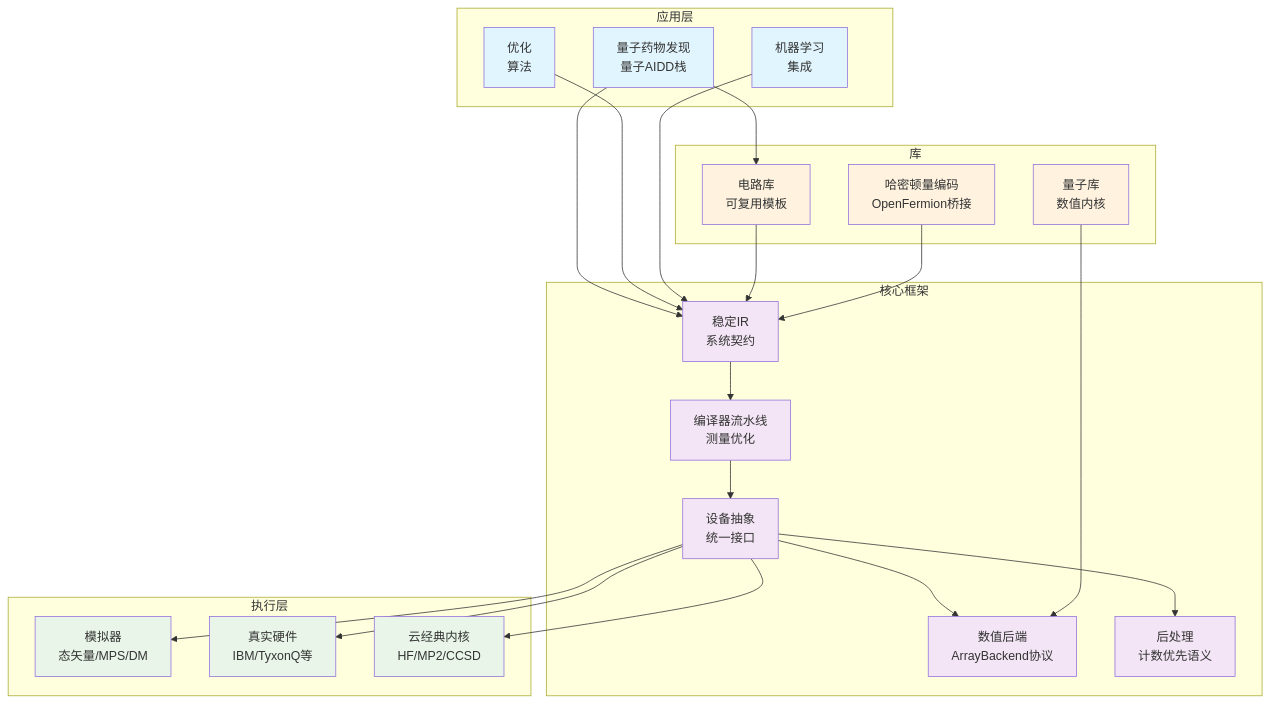
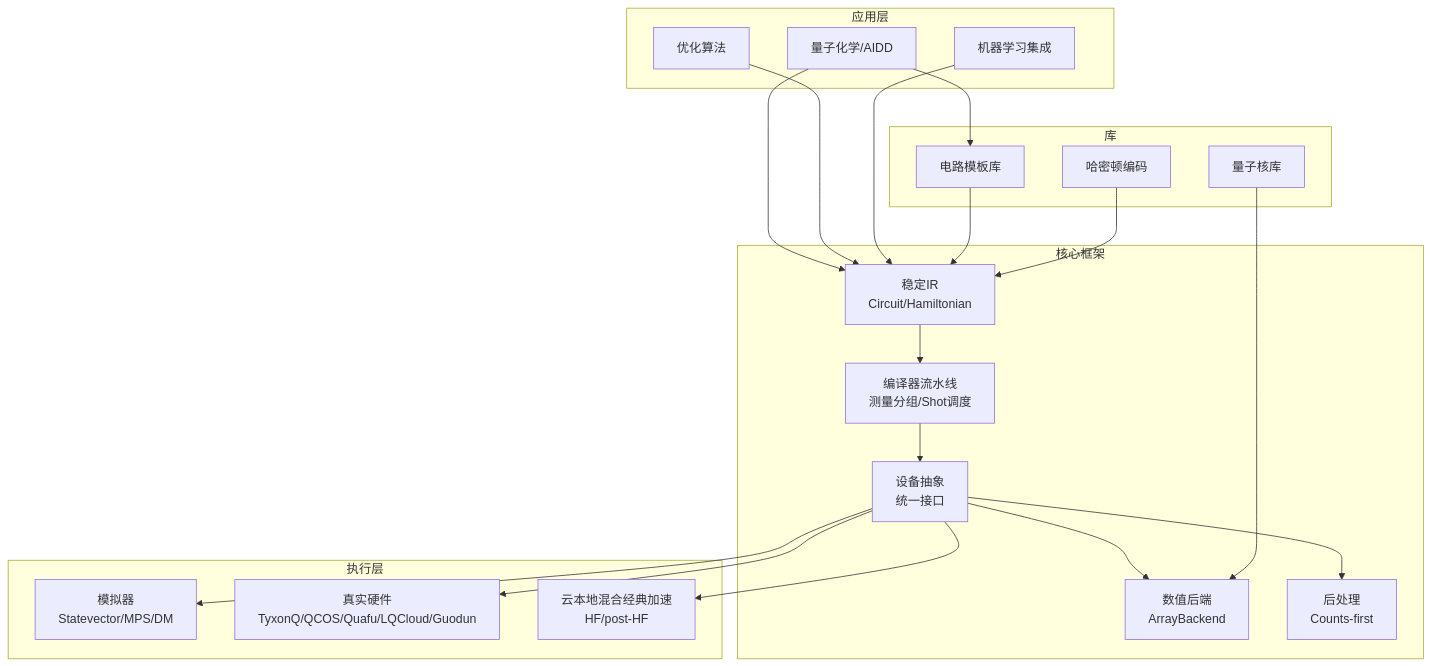
The first of 9 diagrams in .qoder/repowiki/zh/content/项目概述.md (QureGenAI-Biotech/TyxonQ), drawn with Mermaid before and after one commit. The commit also changed other lines of this file and 516 other files, not shown here.

````diff
--- a/.qoder/repowiki/zh/content/项目概述.md
+++ b/.qoder/repowiki/zh/content/项目概述.md
@@ -48,48 +54,37 @@
 ```mermaid
 graph TB
 subgraph "应用层"
-A1[量子药物发现<br/>量子AIDD栈]
-A2[优化<br/>算法]
-A3[机器学习<br/>集成]
+A1["量子化学/AIDD"]
+A2["优化算法"]
+A3["机器学习集成"]
 end
 subgraph "核心框架"
-B1[稳定IR<br/>系统契约]
-B2[编译器流水线<br/>测量优化]
-B3[设备抽象<br/>统一接口]
-B4[数值后端<br/>ArrayBackend协议]
-B5[后处理<br/>计数优先语义]
+B1["稳定IR<br/>Circuit/Hamiltonian"]
+B2["编译器流水线<br/>测量分组/Shot调度"]
+B3["设备抽象<br/>统一接口"]
+B4["数值后端<br/>ArrayBackend"]
+B5["后处理<br/>Counts-first"]
 end
 subgraph "执行层"
-C1[模拟器<br/>态矢量/MPS/DM]
-C2[真实硬件<br/>IBM/TyxonQ等]
-C3[云经典内核<br/>HF/MP2/CCSD]
+C1["模拟器<br/>Statevector/MPS/DM"]
+C2["真实硬件<br/>TyxonQ/QCOS/Quafu/LQCloud/Guodun"]
+C3["云本地混合经典加速<br/>HF/post-HF"]
 end
 subgraph "库"
-D1[电路库<br/>可复用模板]
-D2[量子库<br/>数值内核]
-D3[哈密顿量编码<br/>OpenFermion桥接]
+D1["电路模板库"]
+D2["量子核库"]
+D3["哈密顿编码"]
 end
-%% 核心数据流
 A1 --> B1
 A2 --> B1
 A3 --> B1
-B1 --> B2
-B2 --> B3
-B3 --> B4
+B1 --> B2 --> B3 --> B4
 B3 --> B5
 B3 --> C1
 B3 --> C2
 B3 --> C3
 A1 --> D1
 D1 --> B1
 D2 --> B4
 D3 --> B1
-classDef application fill:#e1f5fe
-classDef core fill:#f3e5f5
-classDef execution fill:#e8f5e8
-classDef library fill:#fff3e0
-class A1,A2,A3 application
-class B1,B2,B3,B4,B5 core
-class C1,C2,C3 execution
-class D1,D2,D3 library
 ```
````
